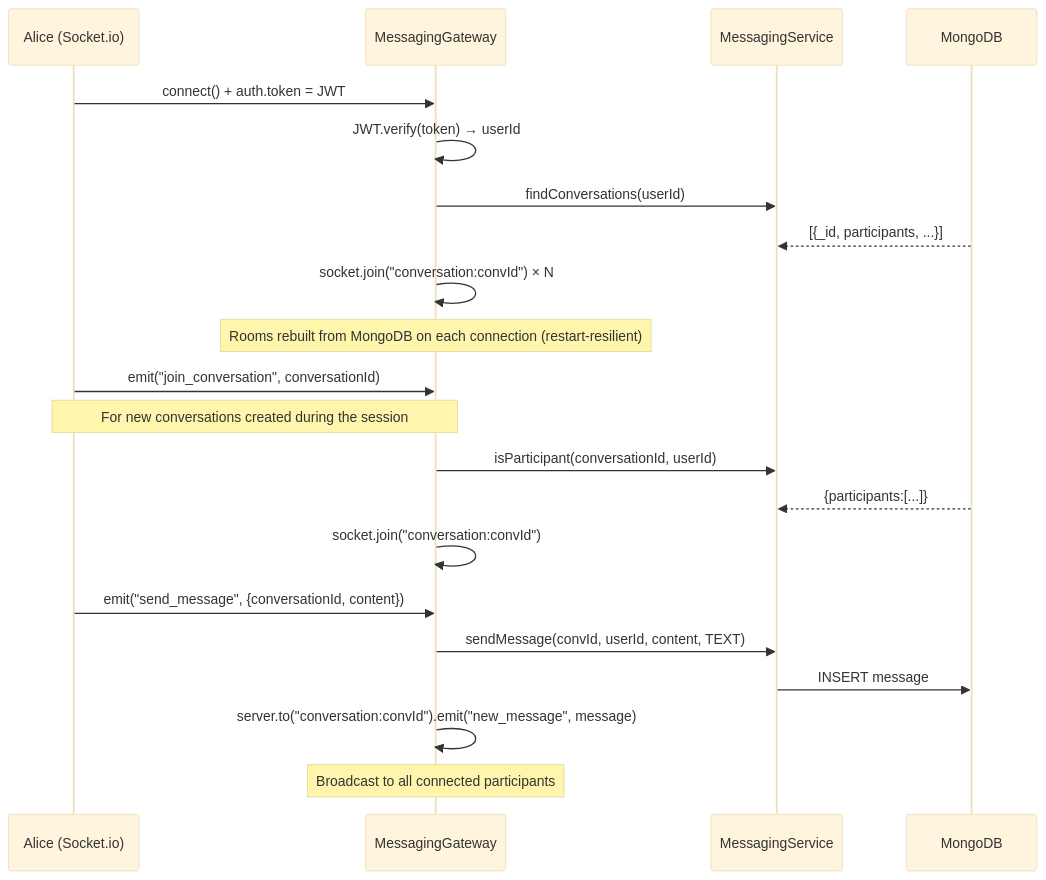
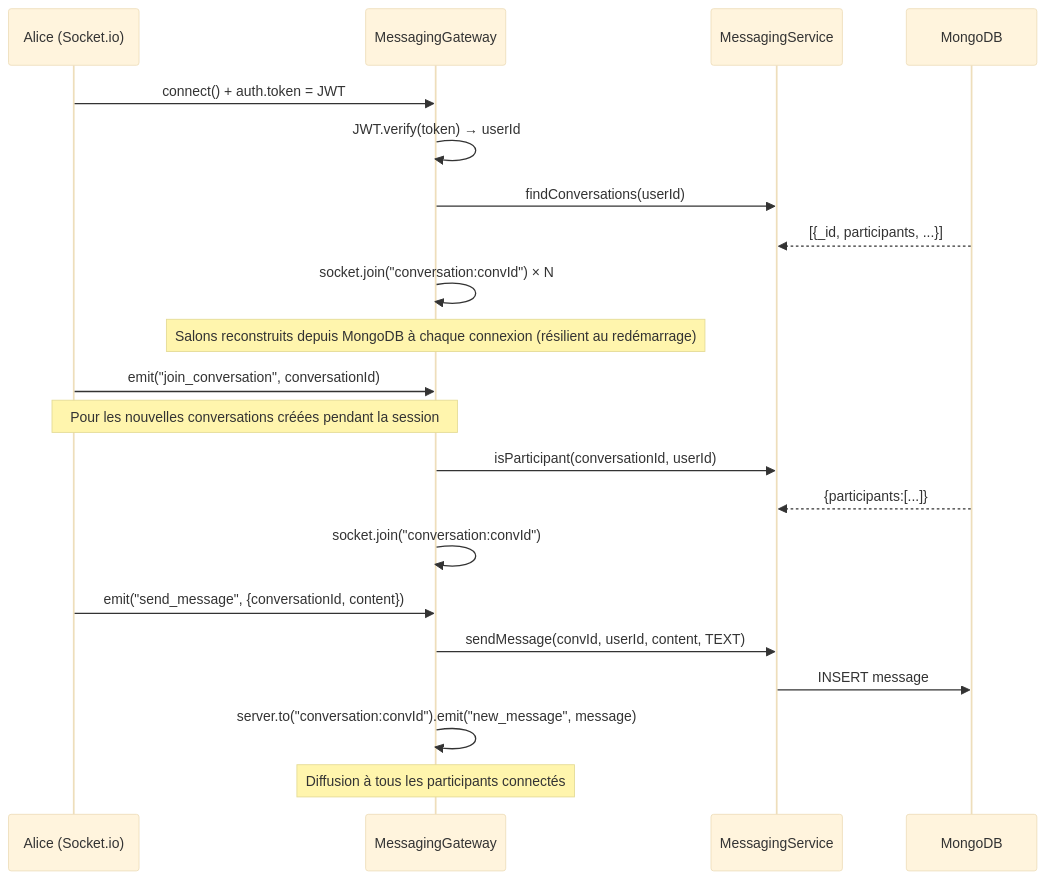
The tenth of 21 diagrams in docs/ARCHITECTURE.md (creibaud/QuartierConnect), drawn with Mermaid (base theme) before and after one commit. The commit also changed other lines of this file and 27 other files, not shown here.

````diff
--- a/docs/ARCHITECTURE.md
+++ b/docs/ARCHITECTURE.md
@@ -418,26 +459,26 @@
 ```mermaid
 sequenceDiagram
     participant A as Alice (Socket.io)
     participant GW as MessagingGateway
     participant SVC as MessagingService
     participant Mongo as MongoDB
 
     A->>GW: connect() + auth.token = JWT
     GW->>GW: JWT.verify(token) → userId
     GW->>SVC: findConversations(userId)
     Mongo-->>SVC: [{_id, participants, ...}]
     GW->>GW: socket.join("conversation:convId") × N
-    Note over GW: Rooms rebuilt from MongoDB on each connection (restart-resilient)
+    Note over GW: Salons reconstruits depuis MongoDB à chaque connexion (résilient au redémarrage)
 
     A->>GW: emit("join_conversation", conversationId)
-    Note over A,GW: For new conversations created during the session
+    Note over A,GW: Pour les nouvelles conversations créées pendant la session
     GW->>SVC: isParticipant(conversationId, userId)
     Mongo-->>SVC: {participants:[...]}
     GW->>GW: socket.join("conversation:convId")
 
     A->>GW: emit("send_message", {conversationId, content})
     GW->>SVC: sendMessage(convId, userId, content, TEXT)
     SVC->>Mongo: INSERT message
     GW->>GW: server.to("conversation:convId").emit("new_message", message)
-    Note over GW: Broadcast to all connected participants
+    Note over GW: Diffusion à tous les participants connectés
 ```
````
